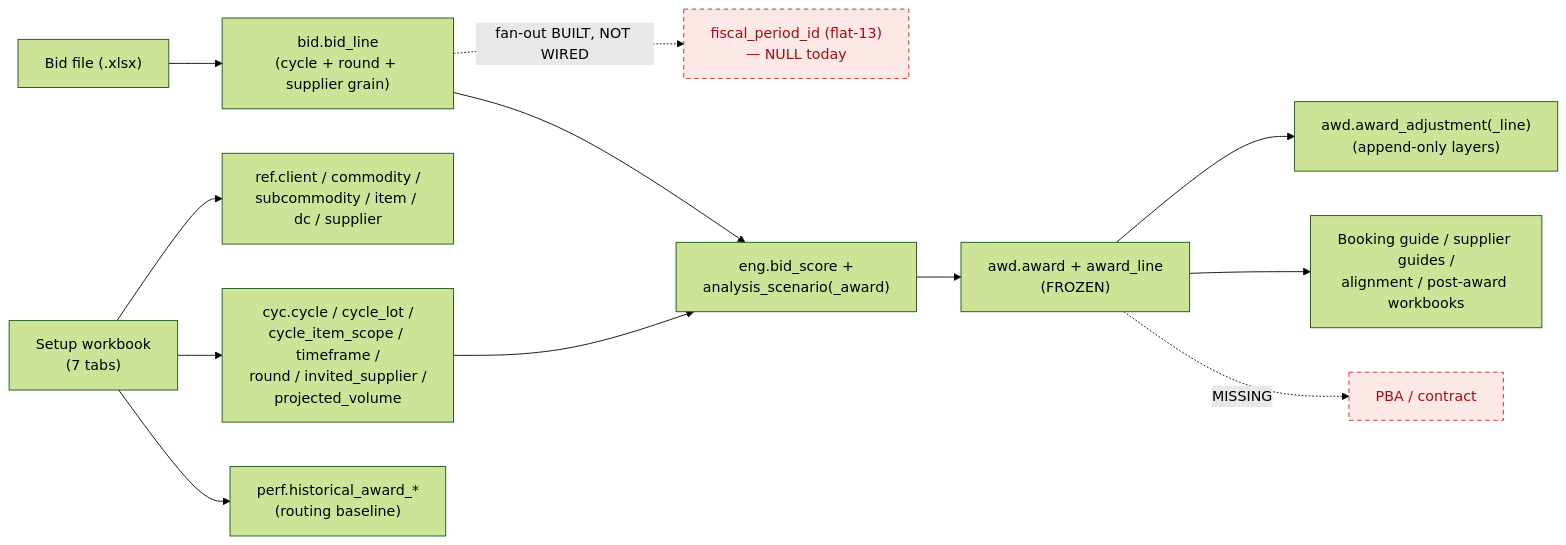
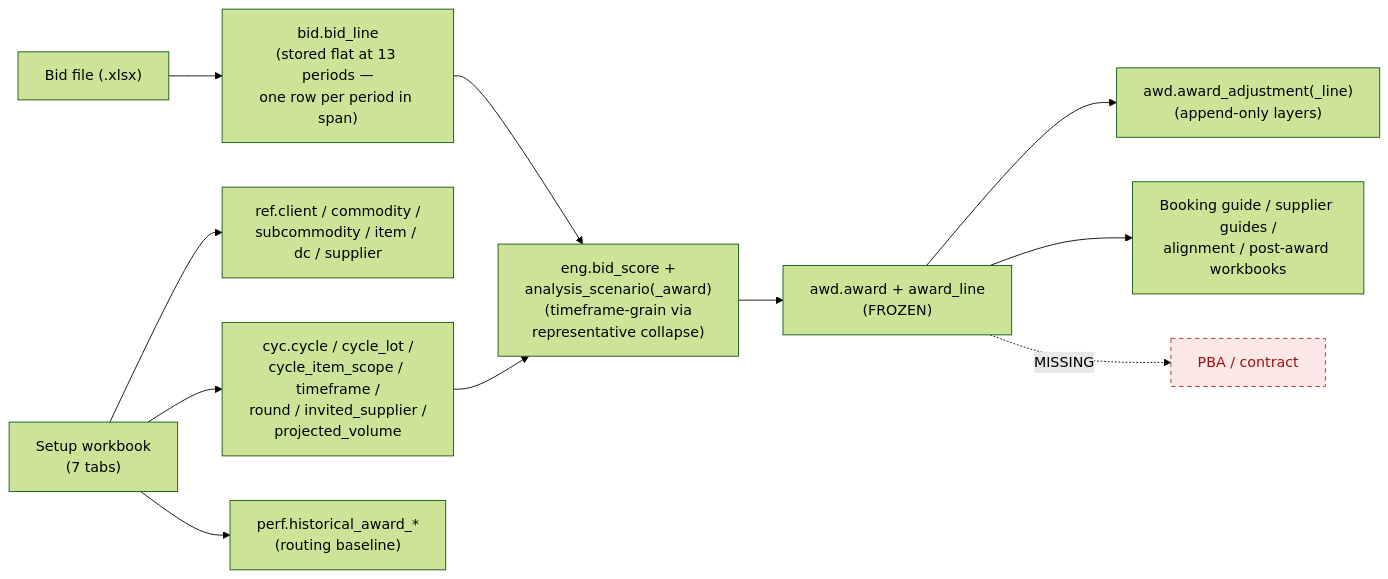
The second of 2 diagrams in project/07_AS_BUILT_PROCESS_AUDIT.md (eddgue/KR_RFP), drawn with Mermaid (forest theme) before and after one commit. The commit also changed other lines of this file and 8 other files, not shown here.

````diff
--- a/project/07_AS_BUILT_PROCESS_AUDIT.md
+++ b/project/07_AS_BUILT_PROCESS_AUDIT.md
@@ -130,15 +130,14 @@
 ```mermaid
 flowchart LR
     classDef missing fill:#fce8e6,stroke:#c5221f,color:#a50e0e,stroke-dasharray:5 4;
     SW["Setup workbook<br/>(7 tabs)"] --> REF["ref.client / commodity /<br/>subcommodity / item / dc / supplier"]
     SW --> CYC["cyc.cycle / cycle_lot /<br/>cycle_item_scope / timeframe /<br/>round / invited_supplier /<br/>projected_volume"]
     SW --> PERF["perf.historical_award_*<br/>(routing baseline)"]
-    BF["Bid file (.xlsx)"] --> BL["bid.bid_line<br/>(cycle + round + supplier grain)"]
-    BL -. "fan-out BUILT, NOT WIRED" .-> FP["fiscal_period_id (flat-13)<br/>— NULL today"]:::missing
-    BL --> ENG["eng.bid_score +<br/>analysis_scenario(_award)"]
+    BF["Bid file (.xlsx)"] --> BL["bid.bid_line<br/>(stored flat at 13 periods —<br/>one row per period in span)"]
+    BL --> ENG["eng.bid_score +<br/>analysis_scenario(_award)<br/>(timeframe-grain via<br/>representative collapse)"]
     CYC --> ENG
     ENG --> AWD["awd.award + award_line<br/>(FROZEN)"]
     AWD --> ADJ["awd.award_adjustment(_line)<br/>(append-only layers)"]
     AWD --> OUT["Booking guide / supplier guides /<br/>alignment / post-award workbooks"]
     AWD -. "MISSING" .-> CON["PBA / contract"]:::missing
 ```
````
